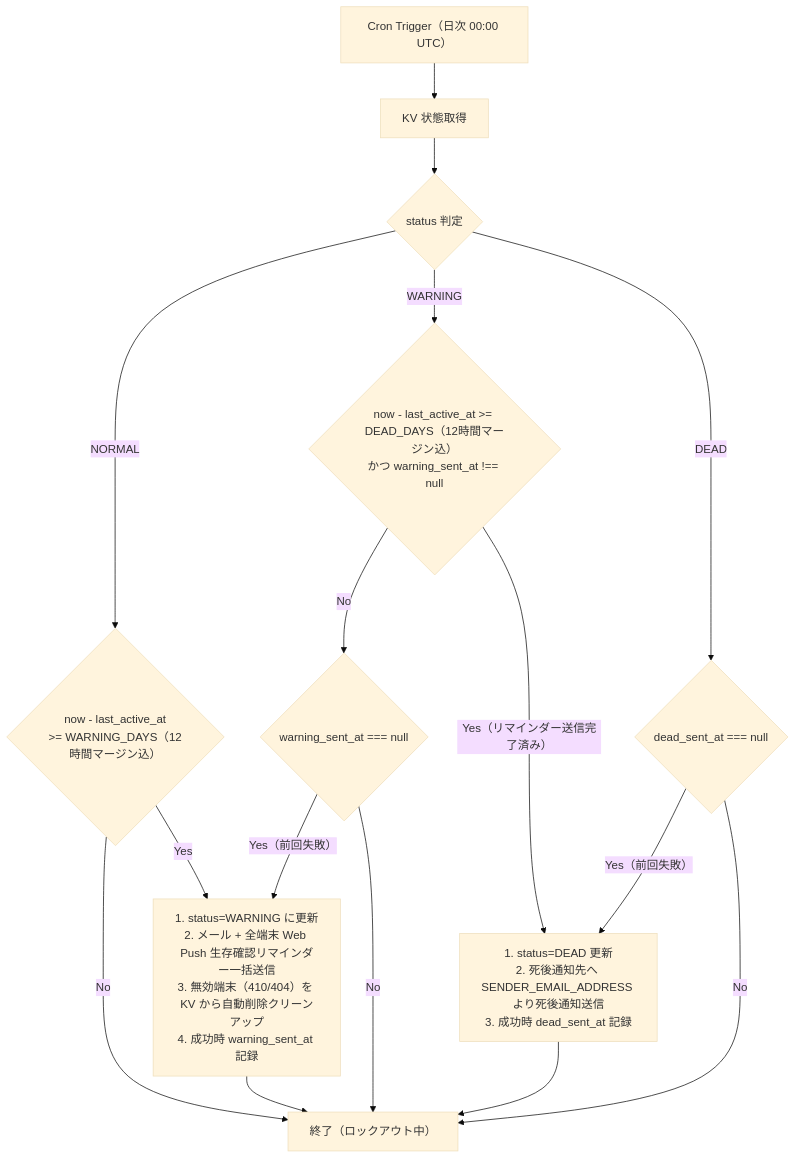
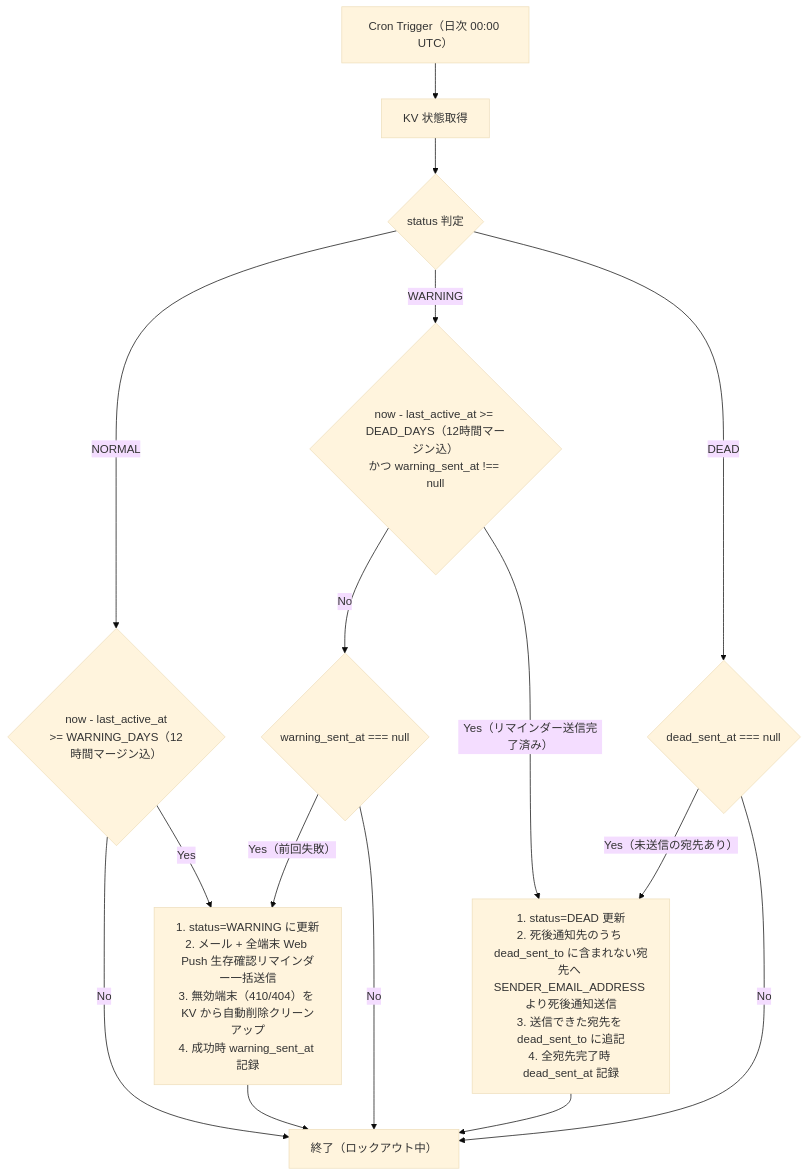
One commit to shiguruikai/dead-mans-switch changed the diagram in docs/ARCHITECTURE.md. Above: the diagram before and after it, drawn with Mermaid (base theme). The commit also changed other lines of this file and 9 other files, not shown here.

````diff
--- a/docs/ARCHITECTURE.md
+++ b/docs/ARCHITECTURE.md
@@ -167,21 +168,21 @@
 ```mermaid
 flowchart TD
     Start["Cron Trigger（日次 00:00 UTC）"] --> Fetch["KV 状態取得"]
     Fetch --> CheckStatus{"status 判定"}
 
     CheckStatus -->|"NORMAL"| DiffW{"now - last_active_at\n>= WARNING_DAYS（12時間マージン込）"}
     DiffW -->|"No"| End["終了"]
     DiffW -->|"Yes"| ActionW["1. status=WARNING に更新\n2. メール + 全端末 Web Push 生存確認リマインダー一括送信\n3. 無効端末（410/404）を KV から自動削除クリーンアップ\n4. 成功時 warning_sent_at 記録"]
 
     CheckStatus -->|"WARNING"| DiffD{"now - last_active_at >= DEAD_DAYS（12時間マージン込）\nかつ warning_sent_at !== null"}
     DiffD -->|"No"| CheckWRetry{"warning_sent_at === null"}
     CheckWRetry -->|"Yes（前回失敗）"| ActionW
     CheckWRetry -->|"No"| End
-    DiffD -->|"Yes（リマインダー送信完了済み）"| ActionD["1. status=DEAD 更新\n2. 死後通知先へ SENDER_EMAIL_ADDRESS より死後通知送信\n3. 成功時 dead_sent_at 記録"]
+    DiffD -->|"Yes（リマインダー送信完了済み）"| ActionD["1. status=DEAD 更新\n2. 死後通知先のうち dead_sent_to に含まれない宛先へ SENDER_EMAIL_ADDRESS より死後通知送信\n3. 送信できた宛先を dead_sent_to に追記\n4. 全宛先完了時 dead_sent_at 記録"]
 
     CheckStatus -->|"DEAD"| CheckDeadRetry{"dead_sent_at === null"}
-    CheckDeadRetry -->|"Yes（前回失敗）"| ActionD
+    CheckDeadRetry -->|"Yes（未送信の宛先あり）"| ActionD
     CheckDeadRetry -->|"No"| End["終了（ロックアウト中）"]
     ActionW --> End
     ActionD --> End
 ```
````
